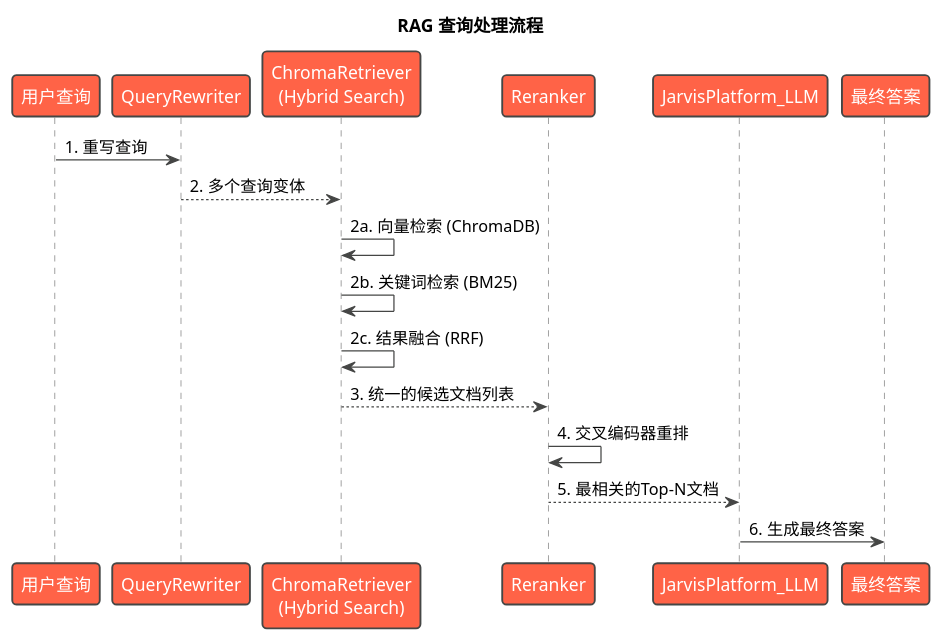
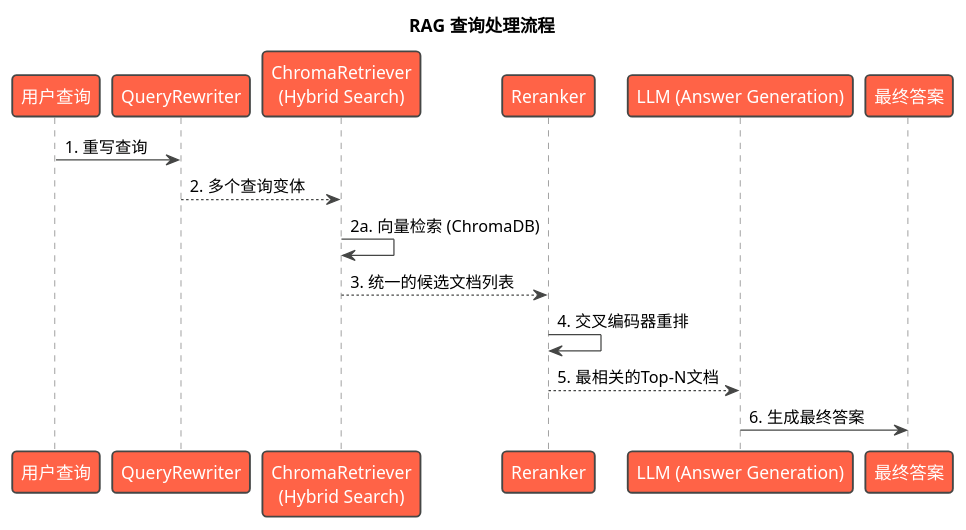
The seventh of 8 diagrams in docs/technical_documentation.md (skyfireitdiy/Jarvis), drawn with PlantUML before and after one commit. The commit also changed other lines of this file, not shown here.

````diff
--- a/docs/technical_documentation.md
+++ b/docs/technical_documentation.md
@@ -429,31 +429,27 @@
 ```plantuml
 @startuml
 !theme vibrant
 title RAG 查询处理流程
 
 participant "用户查询" as UserQuery
 participant "QueryRewriter" as QR
 participant "ChromaRetriever\n(Hybrid Search)" as Retriever
 participant "Reranker" as Reranker
-participant "JarvisPlatform_LLM" as LLM
+participant "LLM (Answer Generation)" as LLM
 participant "最终答案" as FinalAnswer
 
 UserQuery -> QR : 1. 重写查询
 QR --> Retriever : 2. 多个查询变体
 
-box "混合检索 (Hybrid Retrieval)" #LightBlue
-    Retriever -> Retriever : 2a. 向量检索 (ChromaDB)
-    Retriever -> Retriever : 2b. 关键词检索 (BM25)
-    Retriever -> Retriever : 2c. 结果融合 (RRF)
-end box
+Retriever -> Retriever : 2a. 向量检索 (ChromaDB)
 
 Retriever --> Reranker : 3. 统一的候选文档列表
 
 Reranker -> Reranker : 4. 交叉编码器重排
 
 Reranker --> LLM : 5. 最相关的Top-N文档
 
 LLM -> FinalAnswer : 6. 生成最终答案
 
 @enduml
 ```
````
